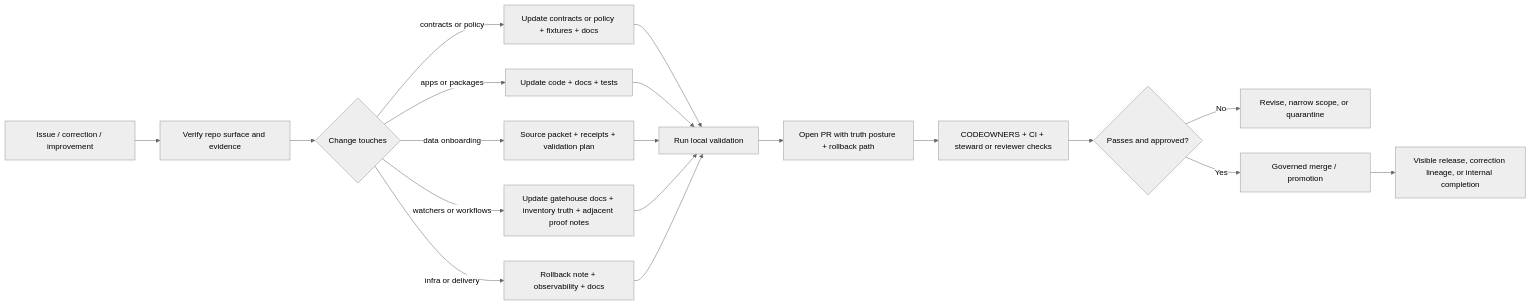
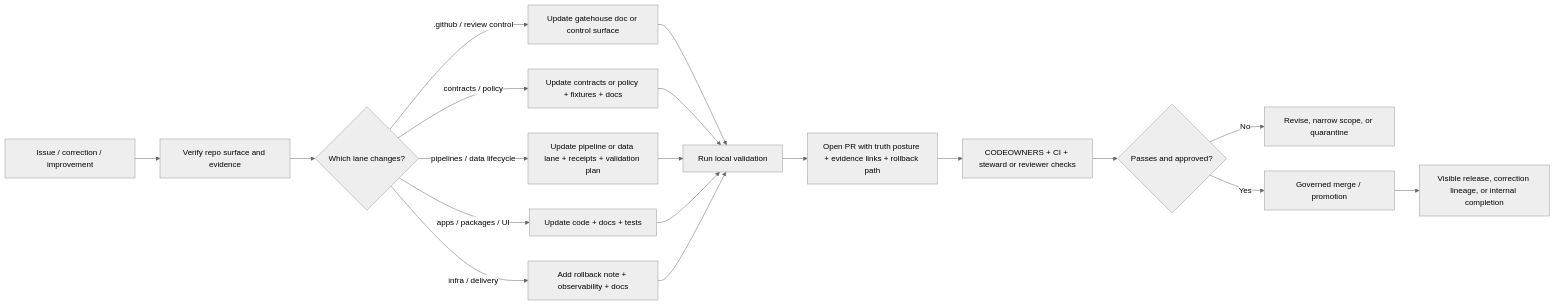
One commit to bartytime4life/Kansas-Frontier-Matrix changed the diagram in CONTRIBUTING.md. Above: the diagram before and after it, drawn with Mermaid (neutral theme). The commit also changed other lines of this file, not shown here.

````diff
--- a/CONTRIBUTING.md
+++ b/CONTRIBUTING.md
@@ -422,25 +490,25 @@
 ```mermaid
 flowchart LR
     A[Issue / correction / improvement] --> B[Verify repo surface and evidence]
-    B --> C{Change touches}
+    B --> C{Which lane changes?}
 
-    C -->|contracts or policy| D[Update contracts or policy + fixtures + docs]
-    C -->|apps or packages| E[Update code + docs + tests]
-    C -->|data onboarding| F[Source packet + receipts + validation plan]
-    C -->|watchers or workflows| G[Update gatehouse docs + inventory truth + adjacent proof notes]
-    C -->|infra or delivery| H[Rollback note + observability + docs]
+    C -->|.github / review control| D[Update gatehouse doc or control surface]
+    C -->|contracts / policy| E[Update contracts or policy + fixtures + docs]
+    C -->|pipelines / data lifecycle| F[Update pipeline or data lane + receipts + validation plan]
+    C -->|apps / packages / UI| G[Update code + docs + tests]
+    C -->|infra / delivery| H[Add rollback note + observability + docs]
 
     D --> I[Run local validation]
     E --> I
     F --> I
     G --> I
     H --> I
 
-    I --> J[Open PR with truth posture + rollback path]
+    I --> J[Open PR with truth posture + evidence links + rollback path]
     J --> K[CODEOWNERS + CI + steward or reviewer checks]
     K --> L{Passes and approved?}
 
     L -->|No| M[Revise, narrow scope, or quarantine]
     L -->|Yes| N[Governed merge / promotion]
     N --> O[Visible release, correction lineage, or internal completion]
 ```
````
